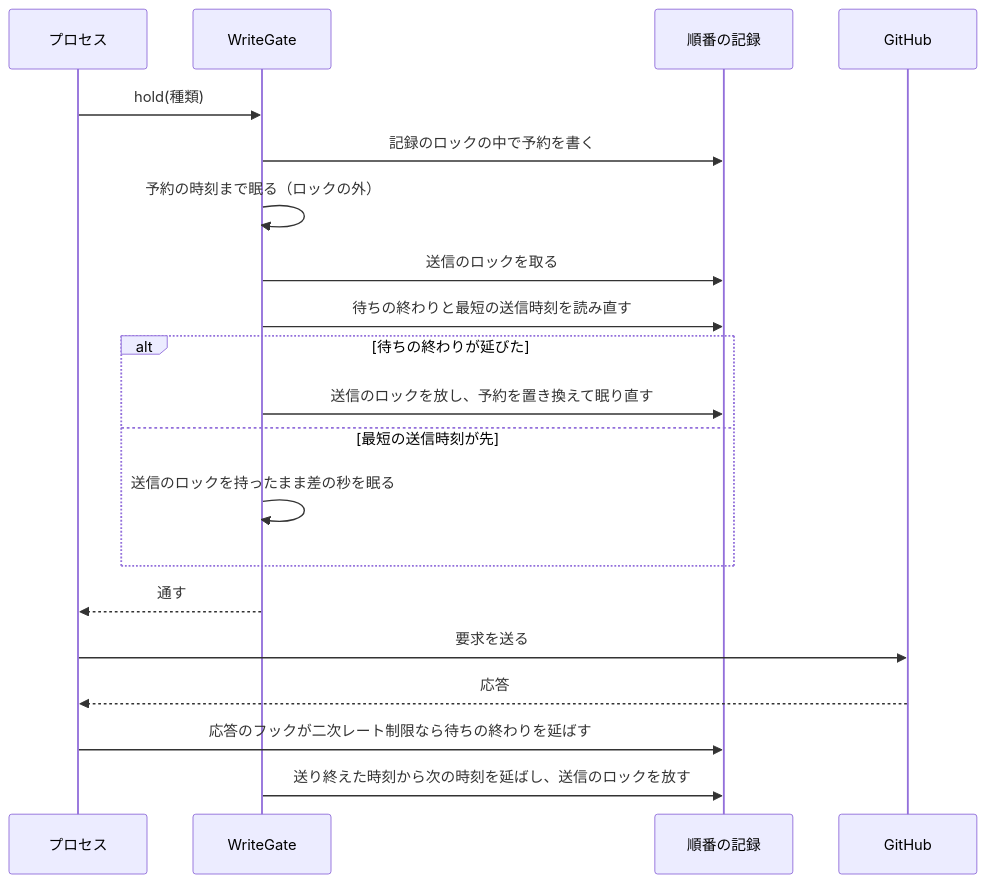
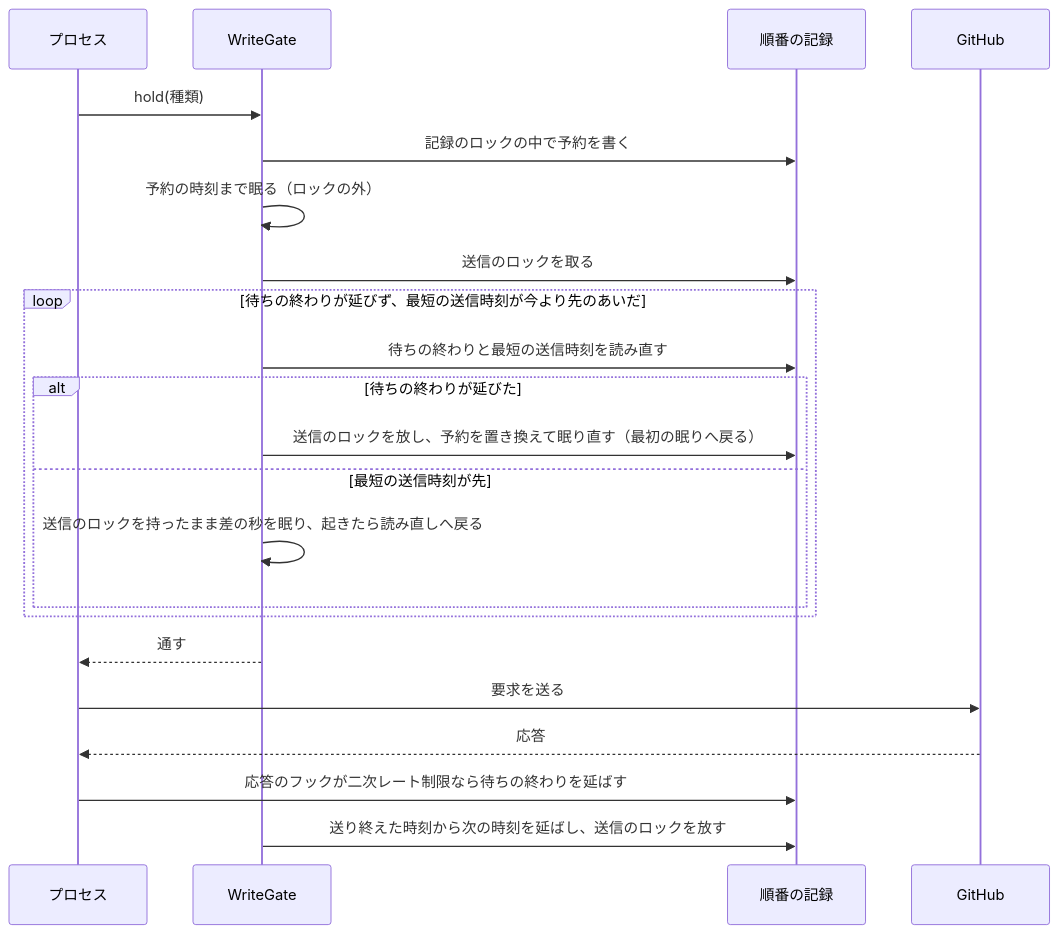
The diagram in docs/specifications/ndf-github-write-gate.md (devbasex/ai-plugins), drawn with Mermaid before and after one commit. The commit also changed other lines of this file, not shown here.

````diff
--- a/docs/specifications/ndf-github-write-gate.md
+++ b/docs/specifications/ndf-github-write-gate.md
@@ -162,22 +162,24 @@
 ```mermaid
 sequenceDiagram
   participant P as プロセス
   participant G as WriteGate
   participant F as 順番の記録
   participant H as GitHub
   P->>G: hold(種類)
   G->>F: 記録のロックの中で予約を書く
   G->>G: 予約の時刻まで眠る（ロックの外）
   G->>F: 送信のロックを取る
-  G->>F: 待ちの終わりと最短の送信時刻を読み直す
-  alt 待ちの終わりが延びた
-    G->>F: 送信のロックを放し、予約を置き換えて眠り直す
-  else 最短の送信時刻が先
-    G->>G: 送信のロックを持ったまま差の秒を眠る
+  loop 待ちの終わりが延びず、最短の送信時刻が今より先のあいだ
+    G->>F: 待ちの終わりと最短の送信時刻を読み直す
+    alt 待ちの終わりが延びた
+      G->>F: 送信のロックを放し、予約を置き換えて眠り直す（最初の眠りへ戻る）
+    else 最短の送信時刻が先
+      G->>G: 送信のロックを持ったまま差の秒を眠り、起きたら読み直しへ戻る
+    end
   end
   G-->>P: 通す
   P->>H: 要求を送る
   H-->>P: 応答
   P->>F: 応答のフックが二次レート制限なら待ちの終わりを延ばす
   G->>F: 送り終えた時刻から次の時刻を延ばし、送信のロックを放す
 ```
````
